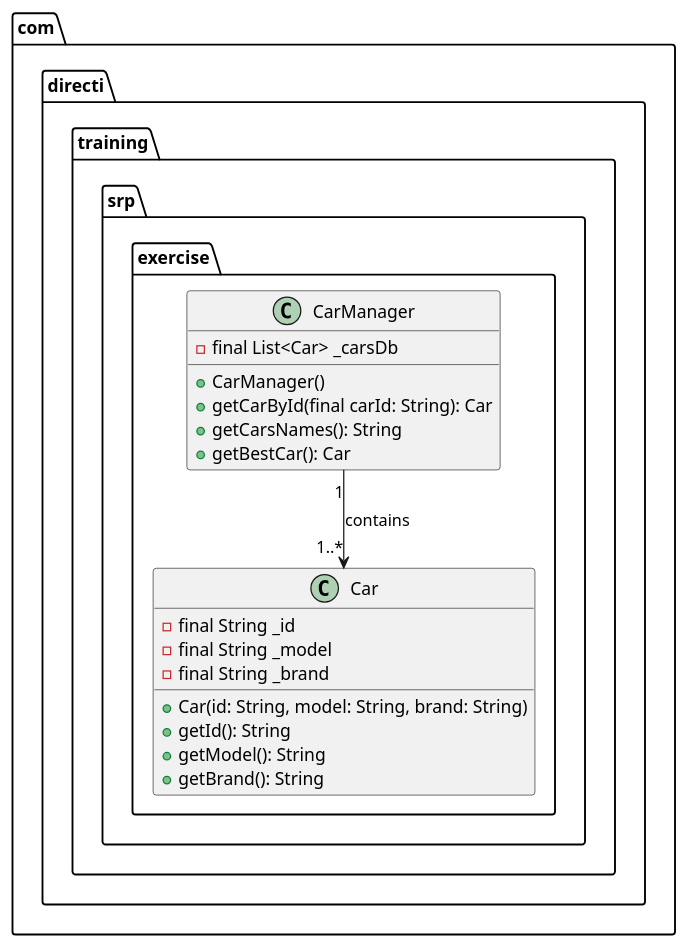
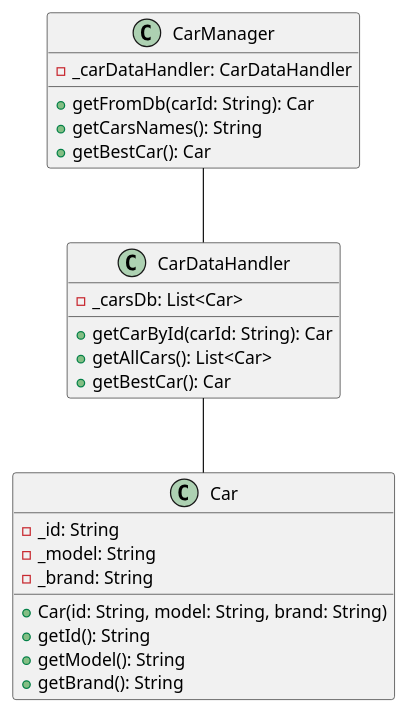
The diagram in SRP/src/com/directi/training/srp/exercise_refactored/UML/srp.plantuml (EyaRidene/TP_SOLID), drawn with PlantUML before and after one commit. The commit also changed 8 other files, not shown here.

```diff
--- a/SRP/src/com/directi/training/srp/exercise_refactored/UML/srp.plantuml
+++ b/SRP/src/com/directi/training/srp/exercise_refactored/UML/srp.plantuml
@@ -1,25 +1,28 @@
 @startuml
-
-package "com.directi.training.srp.exercise" {
-    class Car {
-        - final String _id
-        - final String _model
-        - final String _brand
-        + Car(id: String, model: String, brand: String)
-        + getId(): String
-        + getModel(): String
-        + getBrand(): String
-    }
-
-    class CarManager {
-        - final List<Car> _carsDb
-        + CarManager()
-        + getCarById(final carId: String): Car
-        + getCarsNames(): String
-        + getBestCar(): Car
-    }
+class Car {
+    -_id: String
+    -_model: String
+    -_brand: String
+    +Car(id: String, model: String, brand: String)
+    +getId(): String
+    +getModel(): String
+    +getBrand(): String
 }
 
-CarManager "1" --> "1..*" Car : contains
+class CarDataHandler {
+    -_carsDb: List<Car>
+    +getCarById(carId: String): Car
+    +getAllCars(): List<Car>
+    +getBestCar(): Car
+}
 
+class CarManager {
+    -_carDataHandler: CarDataHandler
+    +getFromDb(carId: String): Car
+    +getCarsNames(): String
+    +getBestCar(): Car
+}
+
+CarDataHandler -- Car
+CarManager -- CarDataHandler
 @enduml
```
